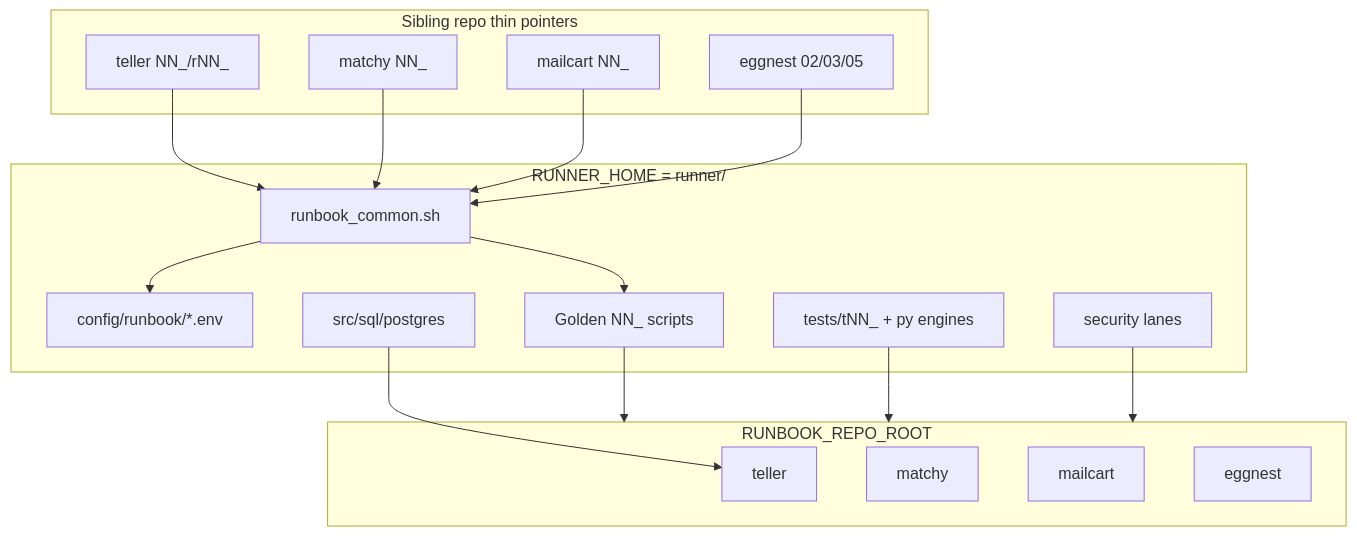
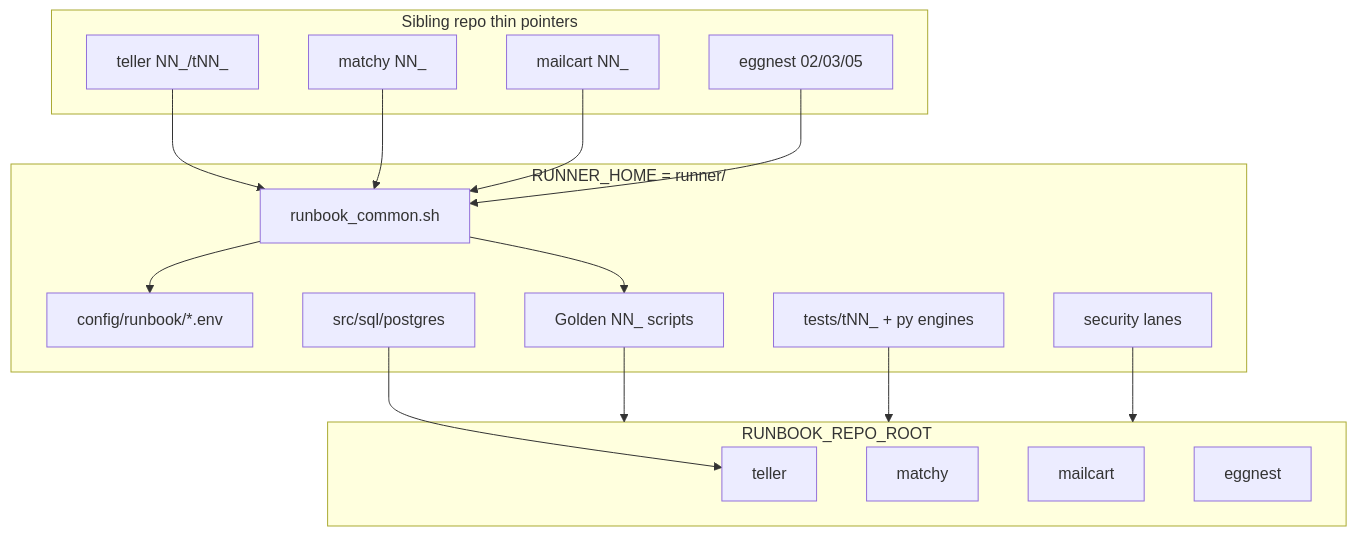
Before and after one commit to phil-bryant/runner: the diagram in Architecture.md, drawn with Mermaid. The commit also changed 33 other files, not shown here.

````diff
--- a/Architecture.md
+++ b/Architecture.md
@@ -56,33 +56,33 @@
 ```mermaid
 flowchart TB
   subgraph pointers [Sibling repo thin pointers]
-    T[teller NN_/rNN_]
+    T[teller NN_/tNN_]
     M[matchy NN_]
     MC[mailcart NN_]
     E[eggnest 02/03/05]
   end
   subgraph runnerHome [RUNNER_HOME = runner/]
     RC[runbook_common.sh]
     PRO[config/runbook/*.env]
     GOLD[Golden NN_ scripts]
     TEST[tests/tNN_ + py engines]
     SQL[src/sql/postgres]
     SEC[security lanes]
   end
   subgraph targets [RUNBOOK_REPO_ROOT]
     TR[teller]
     MY[matchy]
     MA[mailcart]
     EG[eggnest]
   end
   T --> RC
   M --> RC
   MC --> RC
   E --> RC
   RC --> PRO
   RC --> GOLD
   GOLD --> targets
   TEST --> targets
   SQL --> TR
   SEC --> targets
 ```
````
